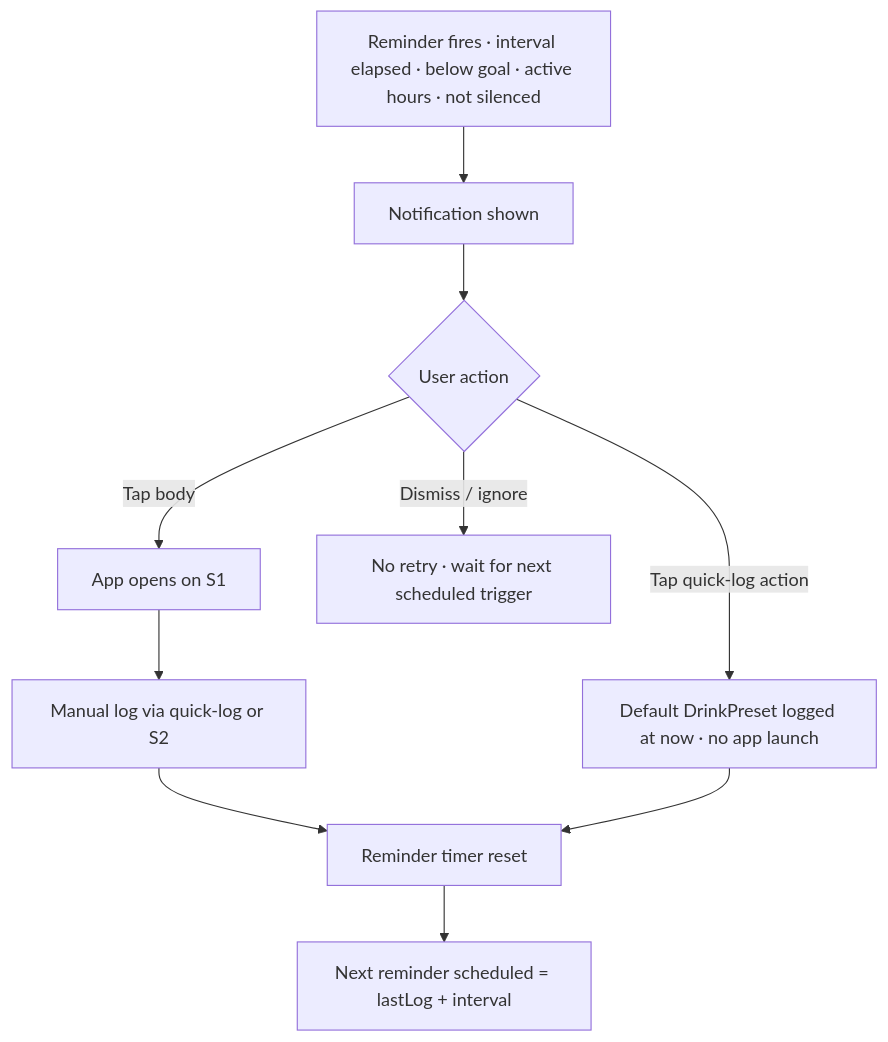
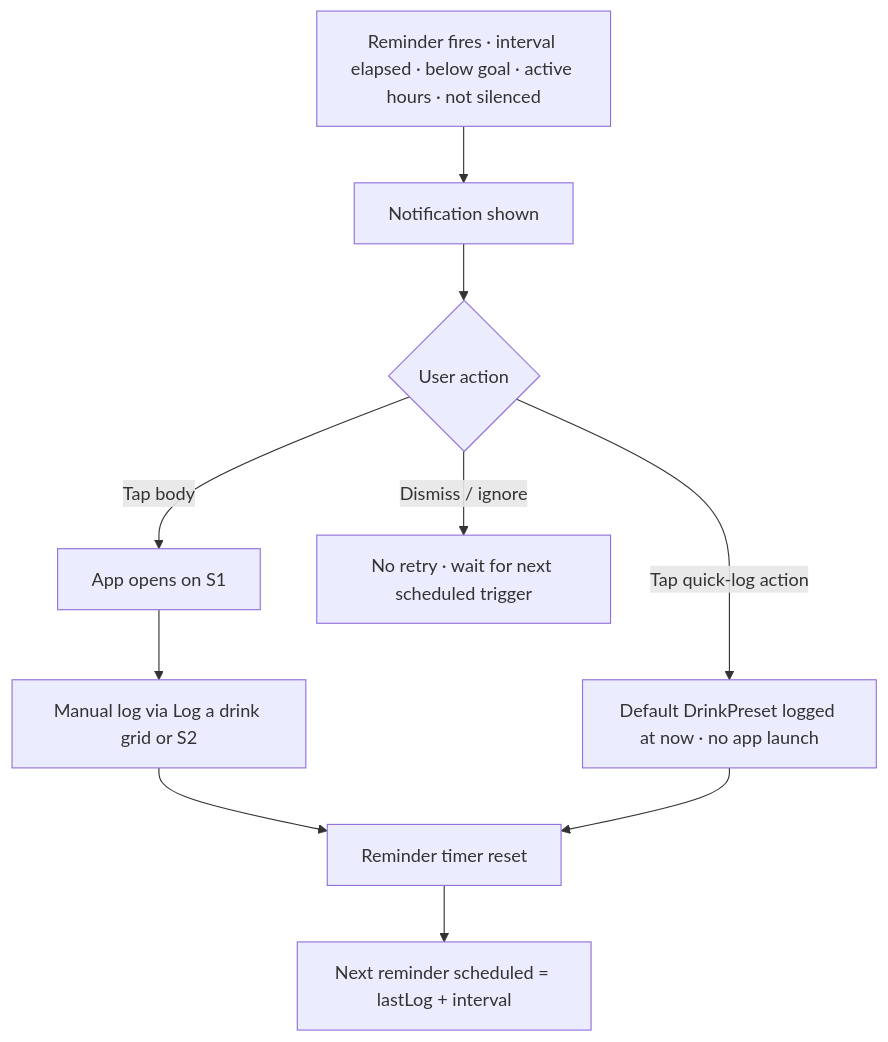
Before and after one commit to controlol/drinks-mate: the fifth of 5 diagrams in design/user-experience.md, drawn with Mermaid. The commit also changed other lines of this file and 5 other files, not shown here.

First line of the commit message:
Redesign Today's drink-logging section: responsive grid + preset sort modes

````diff
--- a/design/user-experience.md
+++ b/design/user-experience.md
@@ -294,12 +307,12 @@
 ```mermaid
 flowchart TD
     A[Reminder fires · interval elapsed · below goal · active hours · not silenced] --> B[Notification shown]
     B --> C{User action}
     C -->|Tap body| D[App opens on S1]
-    D --> E[Manual log via quick-log or S2]
+    D --> E[Manual log via Log a drink grid or S2]
     C -->|Tap quick-log action| F[Default DrinkPreset logged at now · no app launch]
     C -->|Dismiss / ignore| G[No retry · wait for next scheduled trigger]
     E --> H[Reminder timer reset]
     F --> H
     H --> I[Next reminder scheduled = lastLog + interval]
 ```
````
